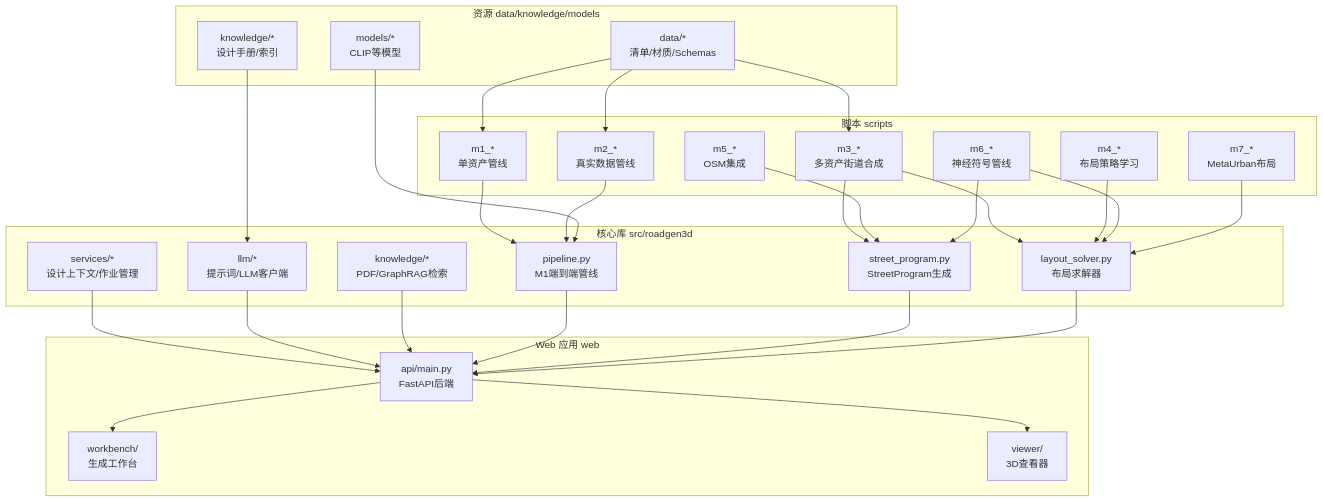
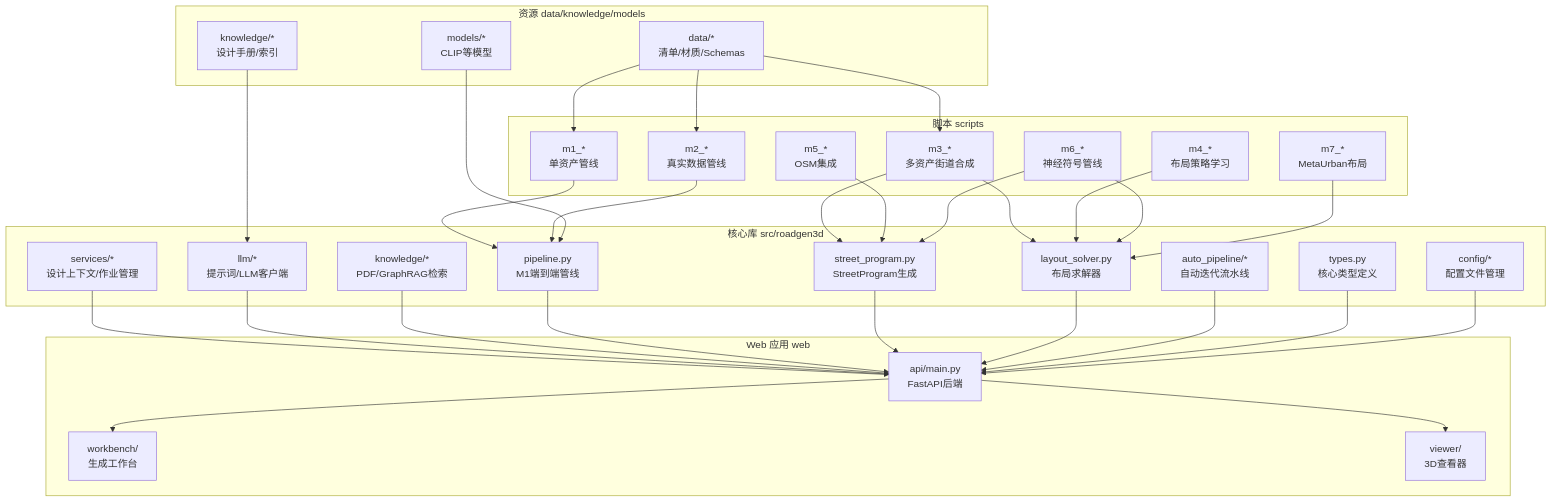
Before and after one commit to wsqstar/RoadGen3D: the first of 7 diagrams in .qoder/repowiki/zh/content/项目概述/项目结构说明.md, drawn with Mermaid. The commit also changed other lines of this file and 8 other files, not shown here.

First line of the commit message:
feat(docs): update architecture docs with Auto Scene Pipeline and API details

````diff
--- a/.qoder/repowiki/zh/content/项目概述/项目结构说明.md
+++ b/.qoder/repowiki/zh/content/项目概述/项目结构说明.md
@@ -50,52 +68,58 @@
 ```mermaid
 graph TB
 subgraph "核心库 src/roadgen3d"
 A["services/*<br/>设计上下文/作业管理"]
 B["llm/*<br/>提示词/LLM客户端"]
 C["knowledge/*<br/>PDF/GraphRAG检索"]
 D["pipeline.py<br/>M1端到端管线"]
 E["street_program.py<br/>StreetProgram生成"]
 F["layout_solver.py<br/>布局求解器"]
+G["auto_pipeline/*<br/>自动迭代流水线"]
+H["types.py<br/>核心类型定义"]
+I["config/*<br/>配置文件管理"]
 end
 subgraph "脚本 scripts"
 S1["m1_*<br/>单资产管线"]
 S2["m2_*<br/>真实数据管线"]
 S3["m3_*<br/>多资产街道合成"]
 S4["m4_*<br/>布局策略学习"]
 S5["m5_*<br/>OSM集成"]
 S6["m6_*<br/>神经符号管线"]
 S7["m7_*<br/>MetaUrban布局"]
 end
 subgraph "Web 应用 web"
 W1["api/main.py<br/>FastAPI后端"]
 W2["workbench/<br/>生成工作台"]
 W3["viewer/<br/>3D查看器"]
 end
 subgraph "资源 data/knowledge/models"
 R1["data/*<br/>清单/材质/Schemas"]
 K1["knowledge/*<br/>设计手册/索引"]
 M1["models/*<br/>CLIP等模型"]
 end
 A --> W1
 B --> W1
 C --> W1
 D --> W1
 E --> W1
 F --> W1
+G --> W1
+H --> W1
+I --> W1
 S1 --> D
 S2 --> D
 S3 --> E
 S3 --> F
 S4 --> F
 S5 --> E
 S6 --> E
 S6 --> F
 S7 --> F
 W1 --> W2
 W1 --> W3
 R1 --> S1
 R1 --> S2
 R1 --> S3
 K1 --> B
 M1 --> D
 ```
````
